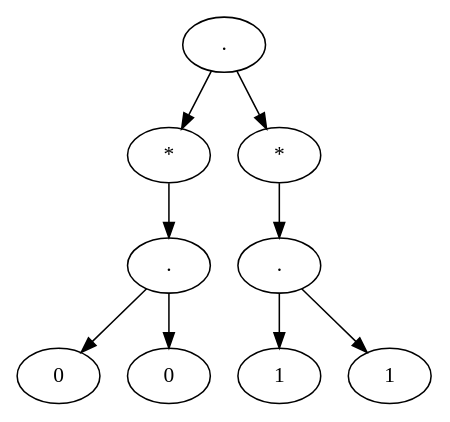
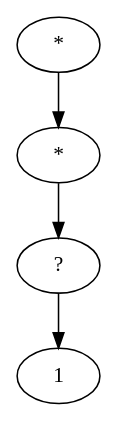
The diagram in tree.gv (Yong-Park/Lab_A_DL_UVG_2023), drawn with Graphviz before and after one commit. The commit also changed 14 other files, not shown here.

```diff
--- a/tree.gv
+++ b/tree.gv
@@ -1,19 +1,9 @@
 digraph {
-	2391534804688 [label="."]
-	2391534804688 -> 2391534804208
-	2391534804208 [label="*"]
-	2391534804208 -> 2391534804112
-	2391534804112 [label="."]
-	2391534804112 -> 2391534803920
-	2391534803920 [label=0]
-	2391534804112 -> 2391534804016
-	2391534804016 [label=0]
-	2391534804688 -> 2391534804592
-	2391534804592 [label="*"]
-	2391534804592 -> 2391534804496
-	2391534804496 [label="."]
-	2391534804496 -> 2391534804304
-	2391534804304 [label=1]
-	2391534804496 -> 2391534804400
-	2391534804400 [label=1]
+	1766048734688 [label="*"]
+	1766048734688 -> 1766048734592
+	1766048734592 [label="*"]
+	1766048734592 -> 1766048734496
+	1766048734496 [label="?"]
+	1766048734496 -> 1766048734400
+	1766048734400 [label=1]
 }
```
